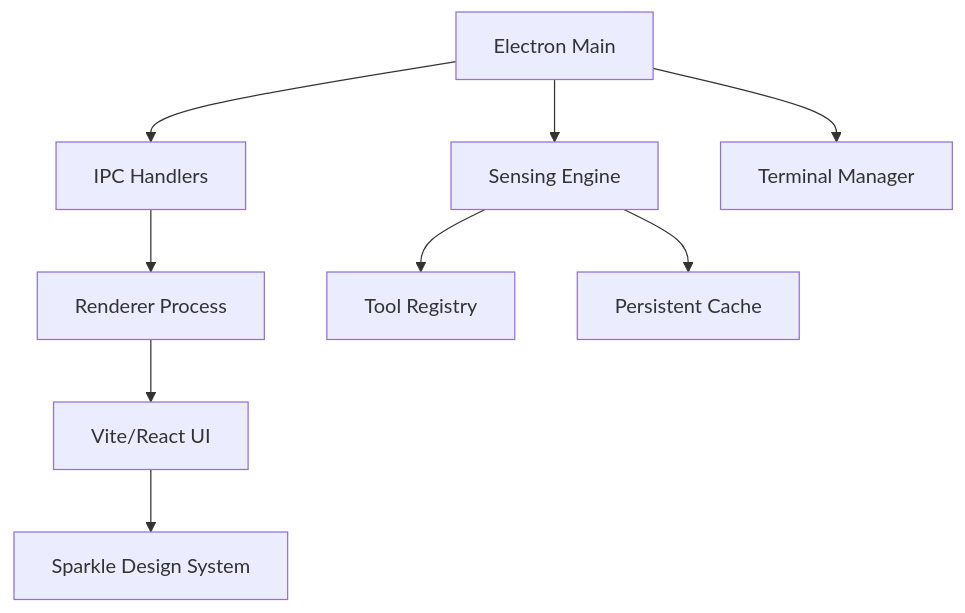
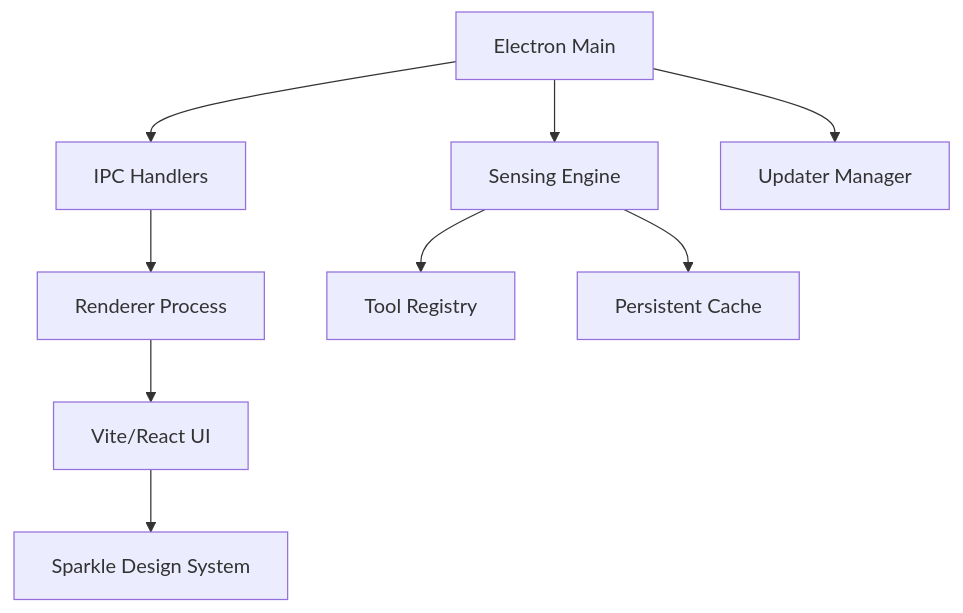
The second of 2 diagrams in devscope-air-win/README.md (justelson/dev_scope), drawn with Mermaid before and after one commit. The commit also changed other lines of this file and 6 other files, not shown here.

````diff
--- a/devscope-air-win/README.md
+++ b/devscope-air-win/README.md
@@ -114,11 +116,11 @@
 ```mermaid
 graph TD
     A[Electron Main] --> B[Sensing Engine]
     A --> C[IPC Handlers]
-    A --> D[Terminal Manager]
+    A --> D[Updater Manager]
     C --> E[Renderer Process]
     E --> F[Vite/React UI]
     F --> G[Sparkle Design System]
     B --> H[Tool Registry]
     B --> I[Persistent Cache]
 ```
````
